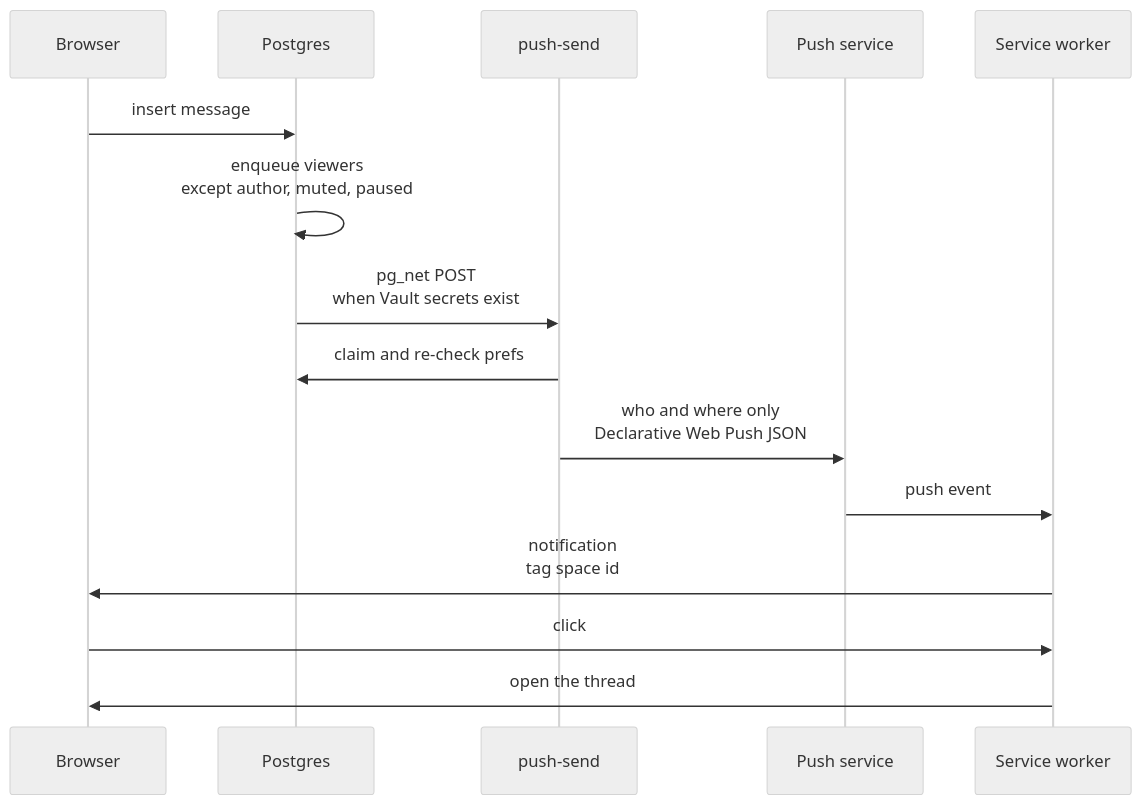
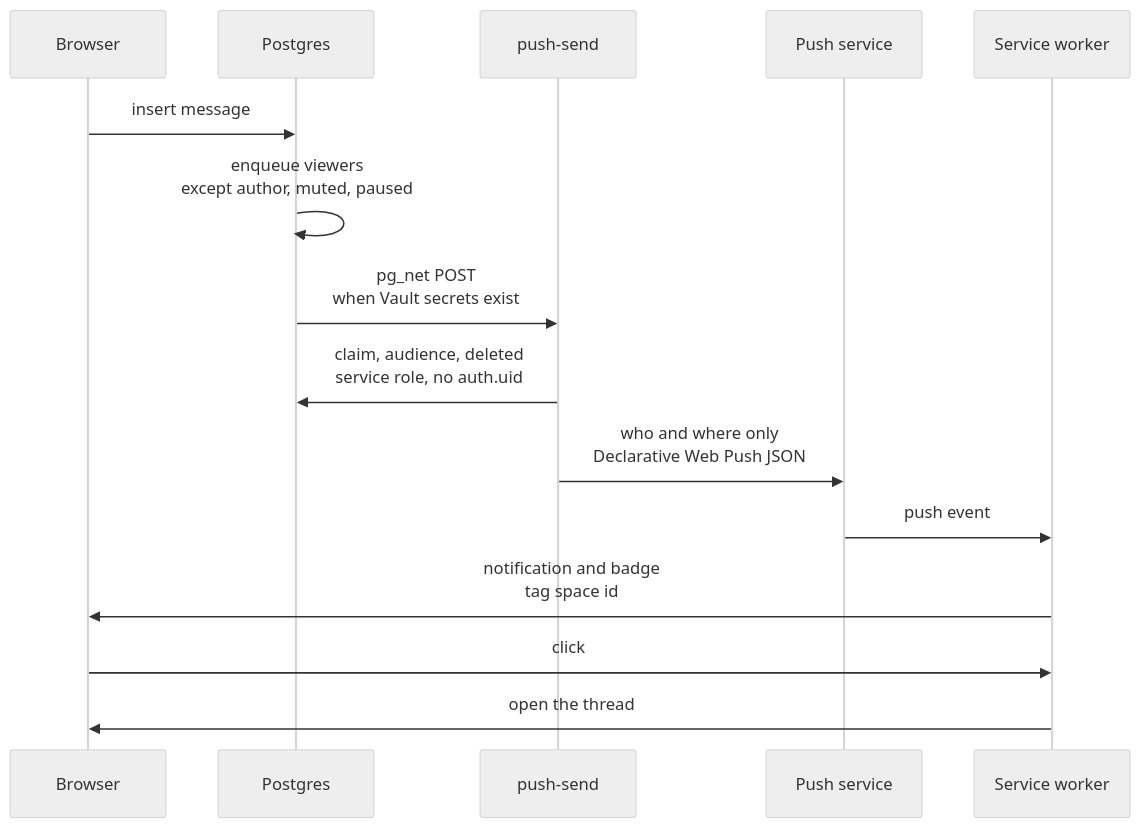
The fourth of 4 diagrams in docs/architecture.md (naftalib/stay_in_touch), drawn with Mermaid (neutral theme) before and after one commit. The commit also changed other lines of this file and 10 other files, not shown here.

First line of the commit message:
Record the push review: service-role audience, and the Greptile fixes.

````diff
--- a/docs/architecture.md
+++ b/docs/architecture.md
@@ -215,17 +215,17 @@
 ```mermaid
 sequenceDiagram
   participant Browser
   participant PG as Postgres
   participant EF as push-send
   participant Push as Push service
   participant SW as Service worker
   Browser->>PG: insert message
   PG->>PG: enqueue viewers<br/>except author, muted, paused
   PG->>EF: pg_net POST<br/>when Vault secrets exist
-  EF->>PG: claim and re-check prefs
+  EF->>PG: claim, audience, deleted<br/>service role, no auth.uid
   EF->>Push: who and where only<br/>Declarative Web Push JSON
   Push->>SW: push event
-  SW->>Browser: notification<br/>tag space id
+  SW->>Browser: notification and badge<br/>tag space id
   Browser->>SW: click
   SW->>Browser: open the thread
 ```
````
